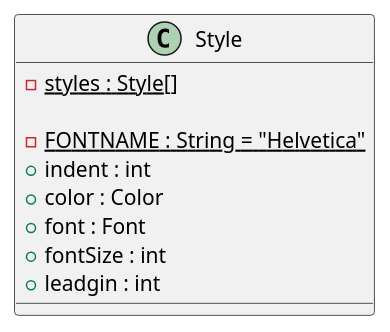
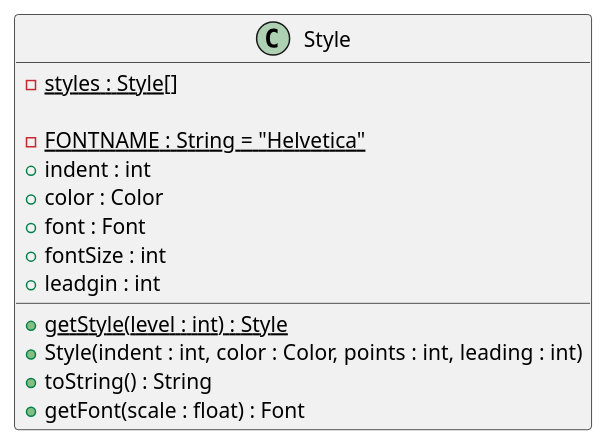
One commit to gabrielrtlima/diagramas-padroes-projeto changed the diagram in classes/Style.puml. Above: the diagram before and after it, drawn with PlantUML. The commit also changed 13 other files, not shown here.

```diff
--- a/classes/Style.puml
+++ b/classes/Style.puml
@@ -1,16 +1,21 @@
 @startuml Style
 
 class Style {
 
   - {static} styles : Style[]
 
   - {static} FONTNAME : String = "Helvetica"
   + indent : int
   + color : Color
   + font : Font
   + fontSize : int
   + leadgin : int
 
+  + {static} getStyle(level : int) : Style
+  + Style(indent : int, color : Color, points : int, leading : int)
+  + toString() : String
+  + getFont(scale : float) : Font
+
 }
 
 @enduml
```
